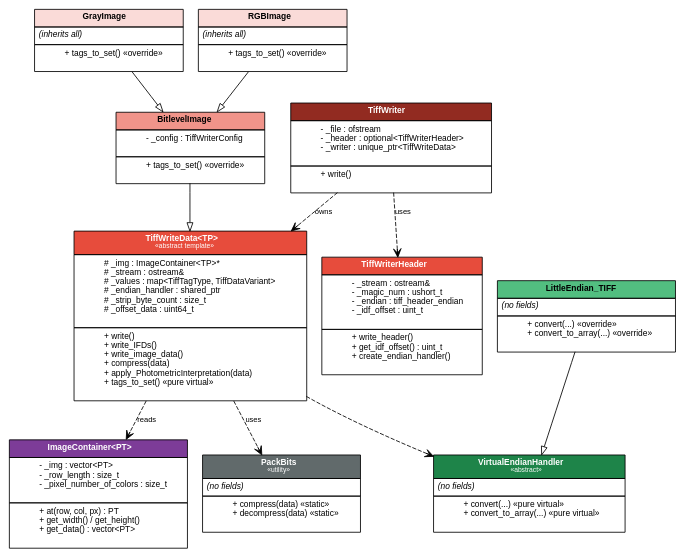
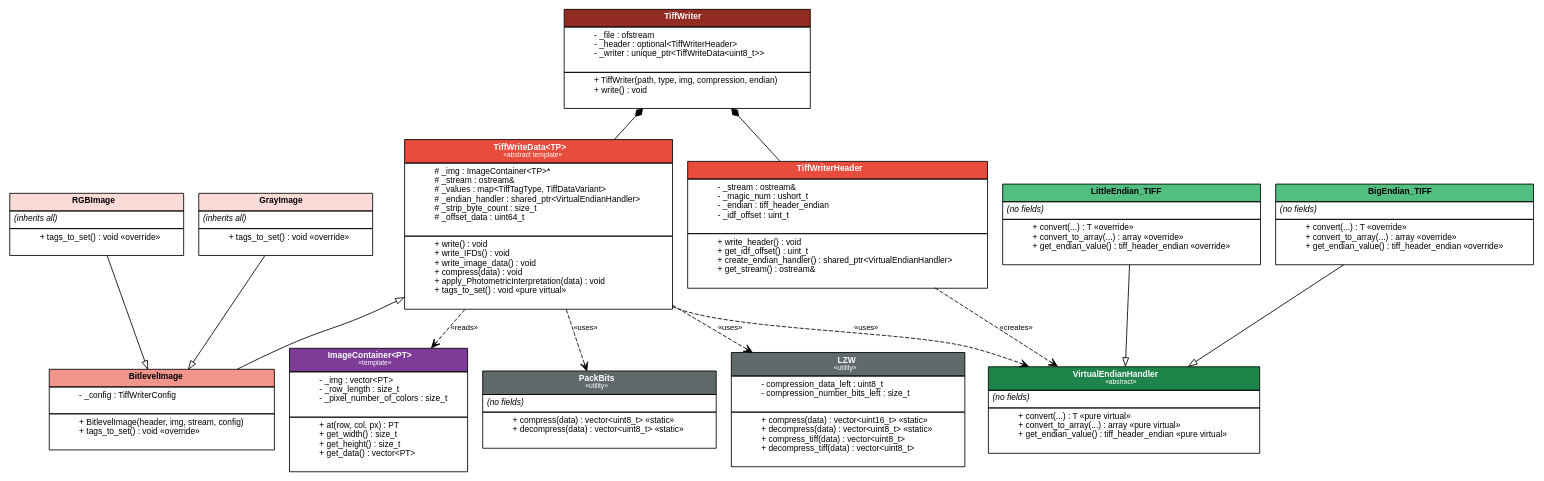
The diagram in docs-src/source/TiffWriter-diagram.rst (maximiliank-dev/Tiff-Image), drawn with Graphviz before and after one commit. The commit also changed 18 other files, not shown here.

Commit message:
Update Docs for the TiffWriter

```diff
--- a/docs-src/source/TiffWriter-diagram.rst
+++ b/docs-src/source/TiffWriter-diagram.rst
@@ -9,16 +9,22 @@
        node [shape=none, margin=0, fontname="Helvetica", fontsize=10]
        edge [fontname="Helvetica", fontsize=9]
 
+       {rank=same; TiffWriterHeader; TiffWriteData}
+       {rank=same; BitlevelImage; VirtualEndianHandler}
+       {rank=same; GrayImage; RGBImage; LittleEndian_TIFF; BigEndian_TIFF}
+       {rank=same; ImageContainer; PackBits; LZW}
+
        TiffWriter [label=<
            <TABLE BORDER="0" CELLBORDER="1" CELLSPACING="0" CELLPADDING="4">
            <TR><TD BGCOLOR="#922B21" ALIGN="CENTER"><FONT COLOR="white"><B>TiffWriter</B></FONT></TD></TR>
            <TR><TD ALIGN="LEFT" BALIGN="LEFT">
                - _file : ofstream<BR ALIGN="LEFT"/>
                - _header : optional&lt;TiffWriterHeader&gt;<BR ALIGN="LEFT"/>
-               - _writer : unique_ptr&lt;TiffWriteData&gt;<BR ALIGN="LEFT"/>
+               - _writer : unique_ptr&lt;TiffWriteData&lt;uint8_t&gt;&gt;<BR ALIGN="LEFT"/>
            </TD></TR>
            <TR><TD ALIGN="LEFT" BALIGN="LEFT">
-               + write()<BR ALIGN="LEFT"/>
+               + TiffWriter(path, type, img, compression, endian)<BR ALIGN="LEFT"/>
+               + write() : void<BR ALIGN="LEFT"/>
            </TD></TR>
            </TABLE>
        >]
@@ -33,9 +39,10 @@
                - _idf_offset : uint_t<BR ALIGN="LEFT"/>
            </TD></TR>
            <TR><TD ALIGN="LEFT" BALIGN="LEFT">
-               + write_header()<BR ALIGN="LEFT"/>
+               + write_header() : void<BR ALIGN="LEFT"/>
                + get_idf_offset() : uint_t<BR ALIGN="LEFT"/>
-               + create_endian_handler()<BR ALIGN="LEFT"/>
+               + create_endian_handler() : shared_ptr&lt;VirtualEndianHandler&gt;<BR ALIGN="LEFT"/>
+               + get_stream() : ostream&amp;<BR ALIGN="LEFT"/>
            </TD></TR>
            </TABLE>
        >]
@@ -47,17 +54,17 @@
                # _img : ImageContainer&lt;TP&gt;*<BR ALIGN="LEFT"/>
                # _stream : ostream&amp;<BR ALIGN="LEFT"/>
                # _values : map&lt;TiffTagType, TiffDataVariant&gt;<BR ALIGN="LEFT"/>
-               # _endian_handler : shared_ptr<BR ALIGN="LEFT"/>
+               # _endian_handler : shared_ptr&lt;VirtualEndianHandler&gt;<BR ALIGN="LEFT"/>
                # _strip_byte_count : size_t<BR ALIGN="LEFT"/>
                # _offset_data : uint64_t<BR ALIGN="LEFT"/>
            </TD></TR>
            <TR><TD ALIGN="LEFT" BALIGN="LEFT">
-               + write()<BR ALIGN="LEFT"/>
-               + write_IFDs()<BR ALIGN="LEFT"/>
-               + write_image_data()<BR ALIGN="LEFT"/>
-               + compress(data)<BR ALIGN="LEFT"/>
-               + apply_PhotometricInterpretation(data)<BR ALIGN="LEFT"/>
-               + tags_to_set() «pure virtual»<BR ALIGN="LEFT"/>
+               + write() : void<BR ALIGN="LEFT"/>
+               + write_IFDs() : void<BR ALIGN="LEFT"/>
+               + write_image_data() : void<BR ALIGN="LEFT"/>
+               + compress(data) : void<BR ALIGN="LEFT"/>
+               + apply_PhotometricInterpretation(data) : void<BR ALIGN="LEFT"/>
+               + tags_to_set() : void «pure virtual»<BR ALIGN="LEFT"/>
            </TD></TR>
            </TABLE>
        >]
@@ -69,7 +76,8 @@
                - _config : TiffWriterConfig<BR ALIGN="LEFT"/>
            </TD></TR>
            <TR><TD ALIGN="LEFT" BALIGN="LEFT">
-               + tags_to_set() «override»<BR ALIGN="LEFT"/>
+               + BitlevelImage(header, img, stream, config)<BR ALIGN="LEFT"/>
+               + tags_to_set() : void «override»<BR ALIGN="LEFT"/>
            </TD></TR>
            </TABLE>
        >]
@@ -79,7 +87,7 @@
            <TR><TD BGCOLOR="#FADBD8" ALIGN="CENTER"><B>GrayImage</B></TD></TR>
            <TR><TD ALIGN="LEFT" BALIGN="LEFT"><I>(inherits all)</I></TD></TR>
            <TR><TD ALIGN="LEFT" BALIGN="LEFT">
-               + tags_to_set() «override»<BR ALIGN="LEFT"/>
+               + tags_to_set() : void «override»<BR ALIGN="LEFT"/>
            </TD></TR>
            </TABLE>
        >]
@@ -89,7 +97,7 @@
            <TR><TD BGCOLOR="#FADBD8" ALIGN="CENTER"><B>RGBImage</B></TD></TR>
            <TR><TD ALIGN="LEFT" BALIGN="LEFT"><I>(inherits all)</I></TD></TR>
            <TR><TD ALIGN="LEFT" BALIGN="LEFT">
-               + tags_to_set() «override»<BR ALIGN="LEFT"/>
+               + tags_to_set() : void «override»<BR ALIGN="LEFT"/>
            </TD></TR>
            </TABLE>
        >]
@@ -99,8 +107,9 @@
            <TR><TD BGCOLOR="#1E8449" ALIGN="CENTER"><FONT COLOR="white"><B>VirtualEndianHandler</B></FONT><BR/><FONT COLOR="white" POINT-SIZE="8">«abstract»</FONT></TD></TR>
            <TR><TD ALIGN="LEFT" BALIGN="LEFT"><I>(no fields)</I></TD></TR>
            <TR><TD ALIGN="LEFT" BALIGN="LEFT">
-               + convert(...) «pure virtual»<BR ALIGN="LEFT"/>
-               + convert_to_array(...) «pure virtual»<BR ALIGN="LEFT"/>
+               + convert(...) : T «pure virtual»<BR ALIGN="LEFT"/>
+               + convert_to_array(...) : array «pure virtual»<BR ALIGN="LEFT"/>
+               + get_endian_value() : tiff_header_endian «pure virtual»<BR ALIGN="LEFT"/>
            </TD></TR>
            </TABLE>
        >]
@@ -110,15 +119,28 @@
            <TR><TD BGCOLOR="#52BE80" ALIGN="CENTER"><B>LittleEndian_TIFF</B></TD></TR>
            <TR><TD ALIGN="LEFT" BALIGN="LEFT"><I>(no fields)</I></TD></TR>
            <TR><TD ALIGN="LEFT" BALIGN="LEFT">
-               + convert(...) «override»<BR ALIGN="LEFT"/>
-               + convert_to_array(...) «override»<BR ALIGN="LEFT"/>
+               + convert(...) : T «override»<BR ALIGN="LEFT"/>
+               + convert_to_array(...) : array «override»<BR ALIGN="LEFT"/>
+               + get_endian_value() : tiff_header_endian «override»<BR ALIGN="LEFT"/>
+           </TD></TR>
+           </TABLE>
+       >]
+
+       BigEndian_TIFF [label=<
+           <TABLE BORDER="0" CELLBORDER="1" CELLSPACING="0" CELLPADDING="4">
+           <TR><TD BGCOLOR="#52BE80" ALIGN="CENTER"><B>BigEndian_TIFF</B></TD></TR>
+           <TR><TD ALIGN="LEFT" BALIGN="LEFT"><I>(no fields)</I></TD></TR>
+           <TR><TD ALIGN="LEFT" BALIGN="LEFT">
+               + convert(...) : T «override»<BR ALIGN="LEFT"/>
+               + convert_to_array(...) : array «override»<BR ALIGN="LEFT"/>
+               + get_endian_value() : tiff_header_endian «override»<BR ALIGN="LEFT"/>
            </TD></TR>
            </TABLE>
        >]
 
        ImageContainer [label=<
            <TABLE BORDER="0" CELLBORDER="1" CELLSPACING="0" CELLPADDING="4">
-           <TR><TD BGCOLOR="#7D3C98" ALIGN="CENTER"><FONT COLOR="white"><B>ImageContainer&lt;PT&gt;</B></FONT></TD></TR>
+           <TR><TD BGCOLOR="#7D3C98" ALIGN="CENTER"><FONT COLOR="white"><B>ImageContainer&lt;PT&gt;</B></FONT><BR/><FONT COLOR="white" POINT-SIZE="8">«template»</FONT></TD></TR>
            <TR><TD ALIGN="LEFT" BALIGN="LEFT">
                - _img : vector&lt;PT&gt;<BR ALIGN="LEFT"/>
                - _row_length : size_t<BR ALIGN="LEFT"/>
@@ -126,7 +148,8 @@
            </TD></TR>
            <TR><TD ALIGN="LEFT" BALIGN="LEFT">
                + at(row, col, px) : PT<BR ALIGN="LEFT"/>
-               + get_width() / get_height()<BR ALIGN="LEFT"/>
+               + get_width() : size_t<BR ALIGN="LEFT"/>
+               + get_height() : size_t<BR ALIGN="LEFT"/>
                + get_data() : vector&lt;PT&gt;<BR ALIGN="LEFT"/>
            </TD></TR>
            </TABLE>
@@ -137,24 +160,43 @@
            <TR><TD BGCOLOR="#616A6B" ALIGN="CENTER"><FONT COLOR="white"><B>PackBits</B></FONT><BR/><FONT COLOR="white" POINT-SIZE="8">«utility»</FONT></TD></TR>
            <TR><TD ALIGN="LEFT" BALIGN="LEFT"><I>(no fields)</I></TD></TR>
            <TR><TD ALIGN="LEFT" BALIGN="LEFT">
-               + compress(data) «static»<BR ALIGN="LEFT"/>
-               + decompress(data) «static»<BR ALIGN="LEFT"/>
+               + compress(data) : vector&lt;uint8_t&gt; «static»<BR ALIGN="LEFT"/>
+               + decompress(data) : vector&lt;uint8_t&gt; «static»<BR ALIGN="LEFT"/>
            </TD></TR>
            </TABLE>
        >]
 
-       // Inheritance (hollow triangle)
-       BitlevelImage     -> TiffWriteData    [arrowhead=onormal, style=solid]
-       GrayImage         -> BitlevelImage    [arrowhead=onormal, style=solid]
-       RGBImage          -> BitlevelImage    [arrowhead=onormal, style=solid]
-       LittleEndian_TIFF -> VirtualEndianHandler [arrowhead=onormal, style=solid]
+       LZW [label=<
+           <TABLE BORDER="0" CELLBORDER="1" CELLSPACING="0" CELLPADDING="4">
+           <TR><TD BGCOLOR="#616A6B" ALIGN="CENTER"><FONT COLOR="white"><B>LZW</B></FONT><BR/><FONT COLOR="white" POINT-SIZE="8">«utility»</FONT></TD></TR>
+           <TR><TD ALIGN="LEFT" BALIGN="LEFT">
+               - compression_data_left : uint8_t<BR ALIGN="LEFT"/>
+               - compression_number_bits_left : size_t<BR ALIGN="LEFT"/>
+           </TD></TR>
+           <TR><TD ALIGN="LEFT" BALIGN="LEFT">
+               + compress(data) : vector&lt;uint16_t&gt; «static»<BR ALIGN="LEFT"/>
+               + decompress(data) : vector&lt;uint8_t&gt; «static»<BR ALIGN="LEFT"/>
+               + compress_tiff(data) : vector&lt;uint8_t&gt;<BR ALIGN="LEFT"/>
+               + decompress_tiff(data) : vector&lt;uint8_t&gt;<BR ALIGN="LEFT"/>
+           </TD></TR>
+           </TABLE>
+       >]
 
-       // TiffWriter composes its parts
-       TiffWriter -> TiffWriterHeader [arrowhead=open, style=dashed, label="uses"]
-       TiffWriter -> TiffWriteData    [arrowhead=open, style=dashed, label="owns"]
+       // Inheritance (hollow triangle arrowhead)
+       BitlevelImage     -> TiffWriteData        [arrowhead=onormal, style=solid]
+       GrayImage         -> BitlevelImage         [arrowhead=onormal, style=solid]
+       RGBImage          -> BitlevelImage         [arrowhead=onormal, style=solid]
+       LittleEndian_TIFF -> VirtualEndianHandler  [arrowhead=onormal, style=solid]
+       BigEndian_TIFF    -> VirtualEndianHandler  [arrowhead=onormal, style=solid]
 
-       // TiffWriteData dependencies
-       TiffWriteData -> VirtualEndianHandler [arrowhead=open, style=dashed]
-       TiffWriteData -> ImageContainer       [arrowhead=open, style=dashed, label="reads"]
-       TiffWriteData -> PackBits             [arrowhead=open, style=dashed, label="uses"]
+       // Composition: TiffWriter owns its components (filled diamond at owner)
+       TiffWriter -> TiffWriterHeader [arrowhead=none, arrowtail=diamond, dir=back]
+       TiffWriter -> TiffWriteData    [arrowhead=none, arrowtail=diamond, dir=back]
+
+       // Dependencies (dashed open arrows)
+       TiffWriterHeader -> VirtualEndianHandler [arrowhead=open, style=dashed, label="«creates»"]
+       TiffWriteData    -> VirtualEndianHandler [arrowhead=open, style=dashed, label="«uses»"]
+       TiffWriteData    -> ImageContainer       [arrowhead=open, style=dashed, label="«reads»"]
+       TiffWriteData    -> PackBits             [arrowhead=open, style=dashed, label="«uses»"]
+       TiffWriteData    -> LZW                  [arrowhead=open, style=dashed, label="«uses»"]
    }
```
